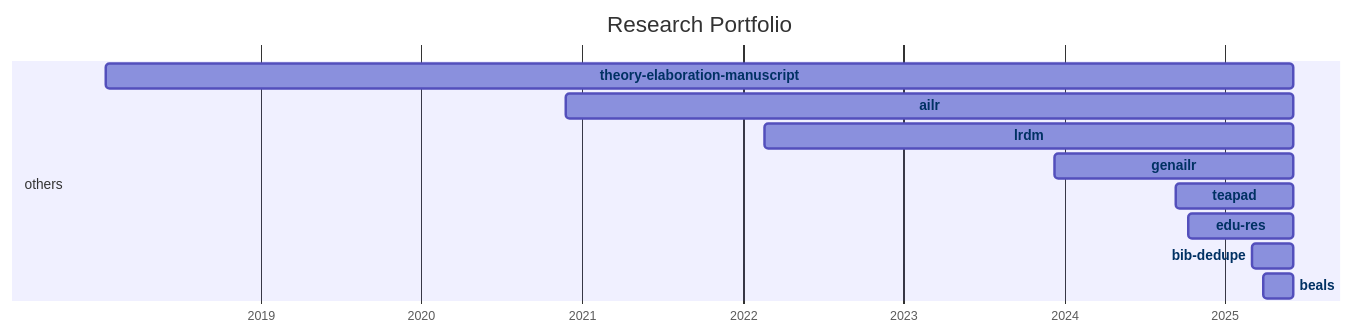
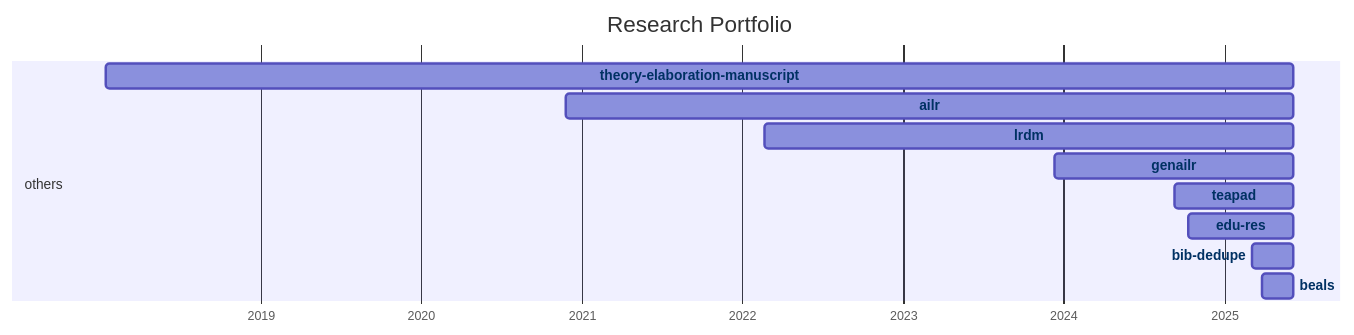
The diagram in docs/20-research/25-projects-gantt.md (digital-work-lab/handbook), drawn with Mermaid before and after one commit.

Commit message:
Update repository overview

````diff
--- a/docs/20-research/25-projects-gantt.md
+++ b/docs/20-research/25-projects-gantt.md
@@ -8,35 +8,35 @@
 ```mermaid
 ---
 displayMode: compact
 ---
 gantt
 title Research Portfolio
 dateFormat YYYY-MM-DD
 axisFormat %Y
 
     section work_practices
 
     section distributed_organizing
 
     section knowledge_synthesis
 
     section others
-        beals :beals, 2025-03-28, 2025-06-05
-        bib-dedupe :bib-dedupe, 2025-03-04, 2025-06-05
-        edu-res :edu-res, 2024-10-10, 2025-06-05
-        teapad :teapad, 2024-09-10, 2025-06-05
-        genailr :genailr, 2023-12-10, 2025-06-05
-        lrdm :lrdm, 2022-02-20, 2025-06-05
-        ailr :ailr, 2020-11-26, 2025-06-05
-        theory-elaboration-manuscript :theory-elaboration-manuscript, 2018-01-15, 2025-06-05
+        beals :beals, 2025-03-28, 2025-06-06
+        bib-dedupe :bib-dedupe, 2025-03-04, 2025-06-06
+        edu-res :edu-res, 2024-10-10, 2025-06-06
+        teapad :teapad, 2024-09-10, 2025-06-06
+        genailr :genailr, 2023-12-10, 2025-06-06
+        lrdm :lrdm, 2022-02-20, 2025-06-06
+        ailr :ailr, 2020-11-26, 2025-06-06
+        theory-elaboration-manuscript :theory-elaboration-manuscript, 2018-01-15, 2025-06-06
 
 
     click beals href "{{ site.baseurl }}/docs/20-research/25-projects/_repos/beals"
     click bib-dedupe href "{{ site.baseurl }}/docs/20-research/25-projects/_repos/bib-dedupe"
     click edu-res href "{{ site.baseurl }}/docs/20-research/25-projects/_repos/edu-res"
     click teapad href "{{ site.baseurl }}/docs/20-research/25-projects/_repos/teapad"
     click genailr href "{{ site.baseurl }}/docs/20-research/25-projects/_repos/genailr"
     click lrdm href "{{ site.baseurl }}/docs/20-research/25-projects/_repos/lrdm"
     click ailr href "{{ site.baseurl }}/docs/20-research/25-projects/_repos/ailr"
     click theory-elaboration-manuscript href "{{ site.baseurl }}/docs/20-research/25-projects/_repos/theory-elaboration-manuscript"
 ```
````
